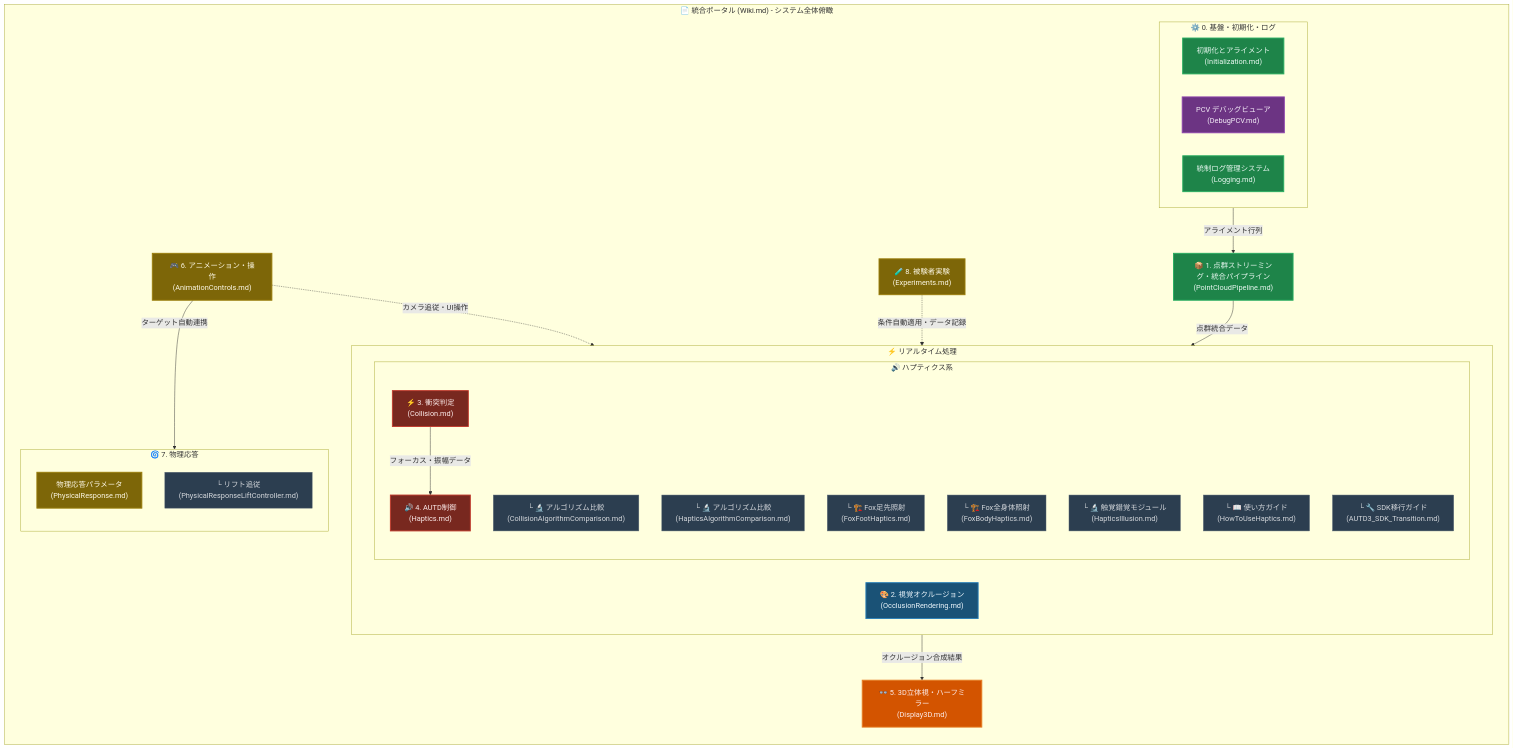
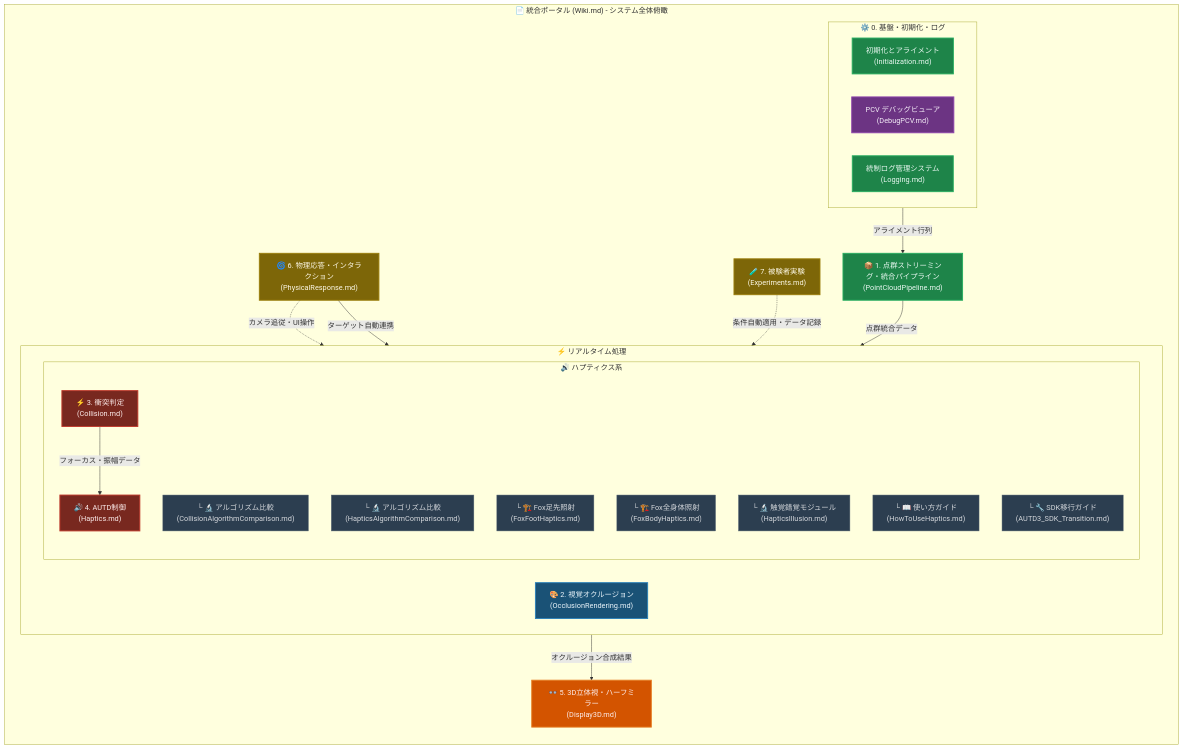
Before and after one commit to kotetsuOU/RealTimeOcclusionDemo: the diagram in Docs/Wiki.md, drawn with Mermaid. The commit also changed other lines of this file and 101 other files, not shown here.

Commit message:
refactor: optimize AppLogManager responsibilities, unify SICESI & PhysicalResponse to AppLogger, and decouple core controllers

````diff
--- a/Docs/Wiki.md
+++ b/Docs/Wiki.md
@@ -11,64 +11,57 @@
 ```mermaid
 graph TD
     %% スタイル定義
     classDef render fill:#1A5276,stroke:#2980B9,stroke-width:2px,color:#EBF5FB;
     classDef haptic fill:#78281F,stroke:#C0392B,stroke-width:2px,color:#FDEDEC;
     classDef debug fill:#6C3483,stroke:#8E44AD,stroke-width:2px,color:#F5EEF8;
     classDef common fill:#1E8449,stroke:#27AE60,stroke-width:2px,color:#EAF8F2;
     classDef display fill:#D35400,stroke:#E67E22,stroke-width:2px,color:#FDEDEC;
     classDef control fill:#7D6608,stroke:#9A7D0A,stroke-width:2px,color:#FEF9E7;
     classDef sub fill:#2C3E50,stroke:#566573,stroke-width:1px,color:#D5D8DC;
 
     subgraph WIKI ["📄 統合ポータル (Wiki.md) - システム全体俯瞰"]
         direction TD
 
         subgraph Calibration ["⚙️ 0. 基盤・初期化・ログ"]
             direction LR
             InitNode["初期化とアライメント<br/>(Initialization.md)"]:::common
             DebugNode["PCV デバッグビューア<br/>(DebugPCV.md)"]:::debug
             LogNode["統制ログ管理システム<br/>(Logging.md)"]:::common
         end
 
         PointCloudNode["📦 1. 点群ストリーミング・統合パイプライン<br/>(PointCloudPipeline.md)"]:::common
         
         subgraph RealTimeProcessing ["⚡ リアルタイム処理"]
             direction LR
             RenderNode["🎨 2. 視覚オクルージョン<br/>(OcclusionRendering.md)"]:::render
 
             subgraph HapticsGroup ["🔊 ハプティクス系"]
                 direction TB
                 CollisionNode["⚡ 3. 衝突判定<br/>(Collision.md)"]:::haptic
                 CollisionAlgoNode["└ 🔬 アルゴリズム比較<br/>(CollisionAlgorithmComparison.md)"]:::sub
                 AutdNode["🔊 4. AUTD制御<br/>(Haptics.md)"]:::haptic
                 HapticsAlgoNode["└ 🔬 アルゴリズム比較<br/>(HapticsAlgorithmComparison.md)"]:::sub
                 FoxFootNode["└ 🏗️ Fox足先照射<br/>(FoxFootHaptics.md)"]:::sub
                 FoxBodyNode["└ 🏗️ Fox全身体照射<br/>(FoxBodyHaptics.md)"]:::sub
                 IllusionNode["└ 🔬 触覚錯覚モジュール<br/>(HapticsIllusion.md)"]:::sub
                 HowToNode["└ 📖 使い方ガイド<br/>(HowToUseHaptics.md)"]:::sub
                 SDKNode["└ 🔧 SDK移行ガイド<br/>(AUTD3_SDK_Transition.md)"]:::sub
             end
         end
 
         DisplayNode["👓 5. 3D立体視・ハーフミラー<br/>(Display3D.md)"]:::display
-        ControlNode["🎮 6. アニメーション・操作<br/>(AnimationControls.md)"]:::control
-
-        subgraph PhysicsGroup ["🌀 7. 物理応答"]
-            direction TB
-            PhysicsNode["物理応答パラメータ<br/>(PhysicalResponse.md)"]:::control
-            LiftNode["└ リフト追従<br/>(PhysicalResponseLiftController.md)"]:::sub
-        end
-
-        ExpNode["🧪 8. 被験者実験<br/>(Experiments.md)"]:::control
+        PhysicsNode["🌀 6. 物理応答・インタラクション<br/>(PhysicalResponse.md)"]:::control
+        ExpNode["🧪 7. 被験者実験<br/>(Experiments.md)"]:::control
 
         %% パイプラインデータフロー
         Calibration -->|"アライメント行列"| PointCloudNode
         PointCloudNode -->|"点群統合データ"| RealTimeProcessing
         CollisionNode -->|"フォーカス・振幅データ"| AutdNode
         RenderNode -->|"オクルージョン合成結果"| DisplayNode
         
         %% 独立した制御系
-        ControlNode -.->|"カメラ追従・UI操作"| RenderNode
-        ControlNode -->|"ターゲット自動連携"| PhysicsGroup
+        PhysicsNode -.->|"カメラ追従・UI操作"| RenderNode
+        PhysicsNode -->|"ターゲット自動連携"| HapticsGroup
         ExpNode -.->|"条件自動適用・データ記録"| AutdNode
     end
 ```
````
